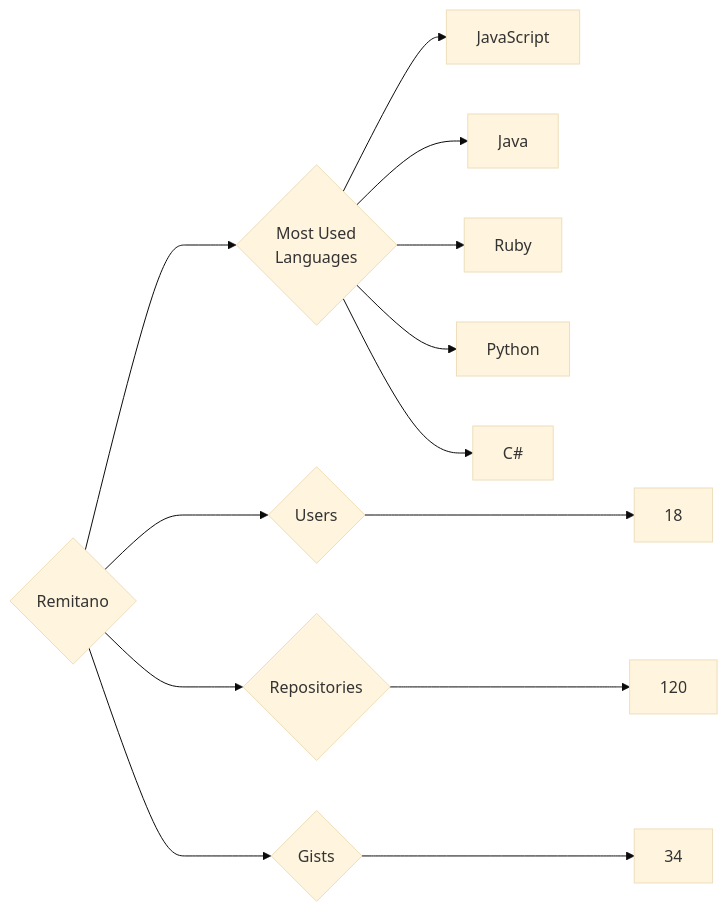
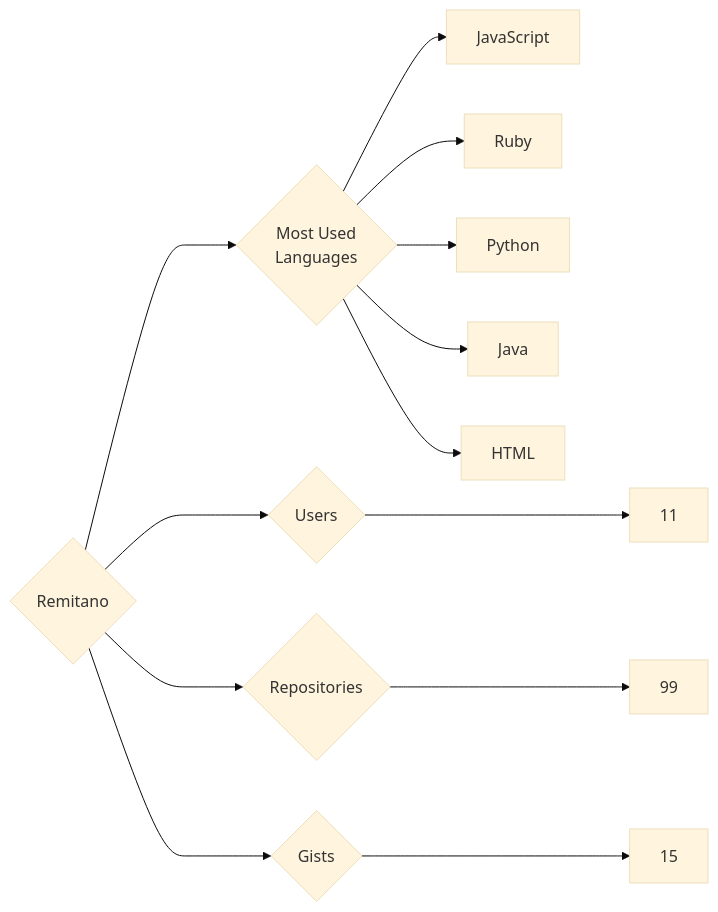
One commit to trickest/insiders changed the diagram in targets/Remitano/README.md. Above: the diagram before and after it, drawn with Mermaid (base theme). The commit also changed 912 other files, not shown here.

````diff
--- a/targets/Remitano/README.md
+++ b/targets/Remitano/README.md
@@ -3,13 +3,13 @@
 ```mermaid
 graph LR
 COMPANY_NAME{Remitano}
-COMPANY_NAME ---> U{Users} ---> UN[18]
-COMPANY_NAME ---> R{Repositories} ---> RN[120]
-COMPANY_NAME ---> G{Gists} ---> GN[34]
+COMPANY_NAME ---> U{Users} ---> UN[11]
+COMPANY_NAME ---> R{Repositories} ---> RN[99]
+COMPANY_NAME ---> G{Gists} ---> GN[15]
 COMPANY_NAME ---> ML{Most Used<br>Languages}
 ML --> JavaScript[JavaScript]
-ML --> Java[Java]
 ML --> Ruby[Ruby]
 ML --> Python[Python]
-ML --> C#[C#]
+ML --> Java[Java]
+ML --> HTML[HTML]
 ```
````
